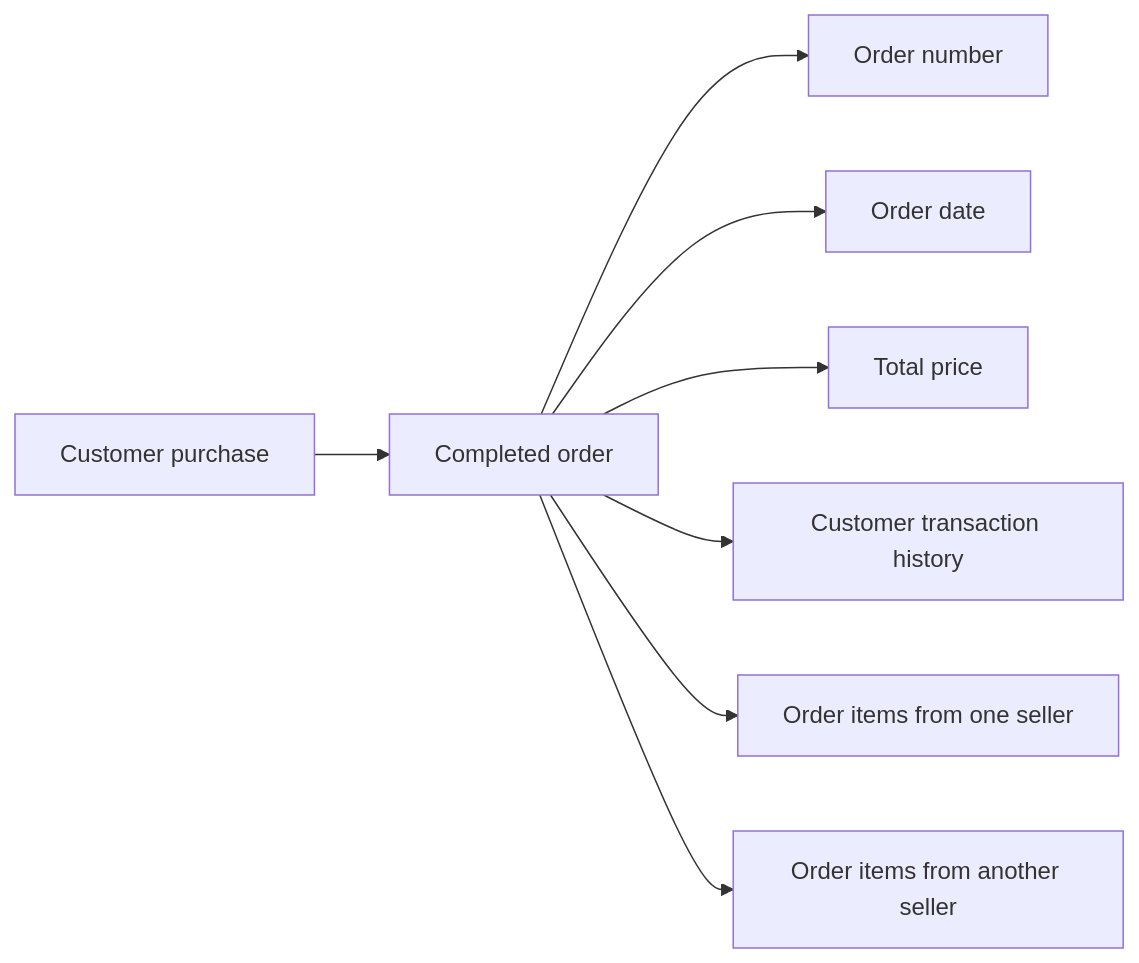
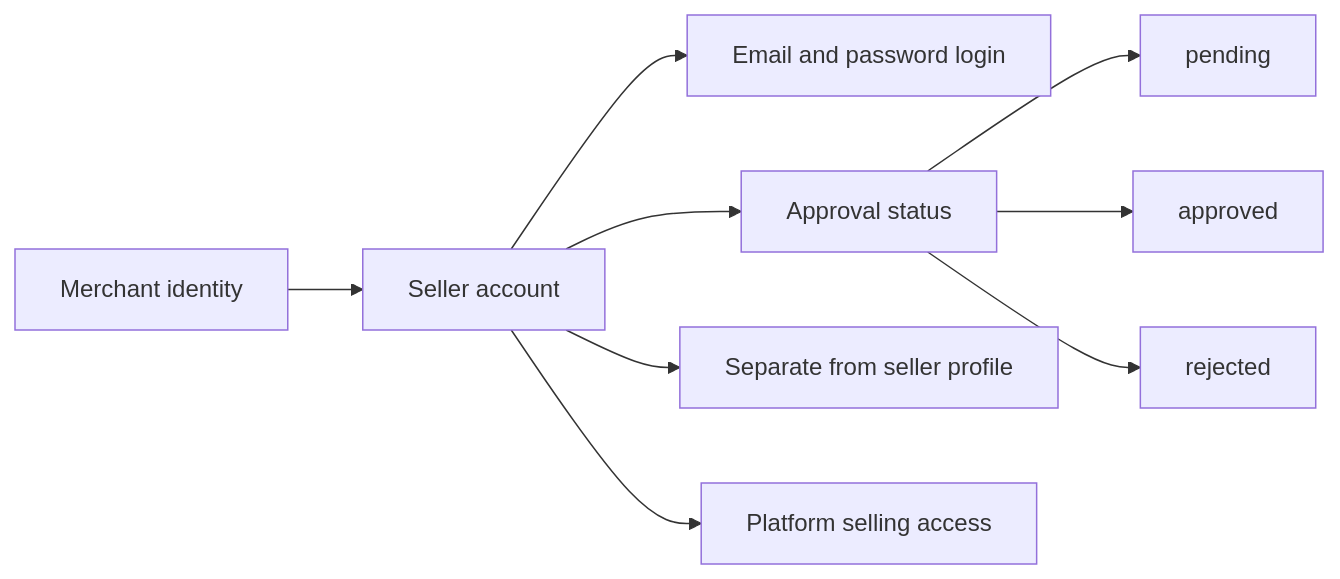
Before and after one commit to wrtnlabs/autobe-examples: the ninth of 32 diagrams in openai/gpt-5.4-mini/shopping/docs/analysis/02-domain-model.md, drawn with Mermaid. The commit also changed other lines of this file and 9017 other files, not shown here.

````diff
--- a/openai/gpt-5.4-mini/shopping/docs/analysis/02-domain-model.md
+++ b/openai/gpt-5.4-mini/shopping/docs/analysis/02-domain-model.md
@@ -466,10 +168,11 @@
 ```mermaid
 flowchart LR
-    A["Customer purchase"] --> B["Completed order"]
-    B --> C["Order number"]
-    B --> D["Order date"]
-    B --> E["Total price"]
-    B --> F["Customer transaction history"]
-    B --> G["Order items from one seller"]
-    B --> H["Order items from another seller"]
+    A["Merchant identity"] --> B["Seller account"]
+    B --> C["Email and password login"]
+    B --> D["Approval status"]
+    D --> E["pending"]
+    D --> F["approved"]
+    D --> G["rejected"]
+    B --> H["Separate from seller profile"]
+    B --> I["Platform selling access"]
 ```
````
